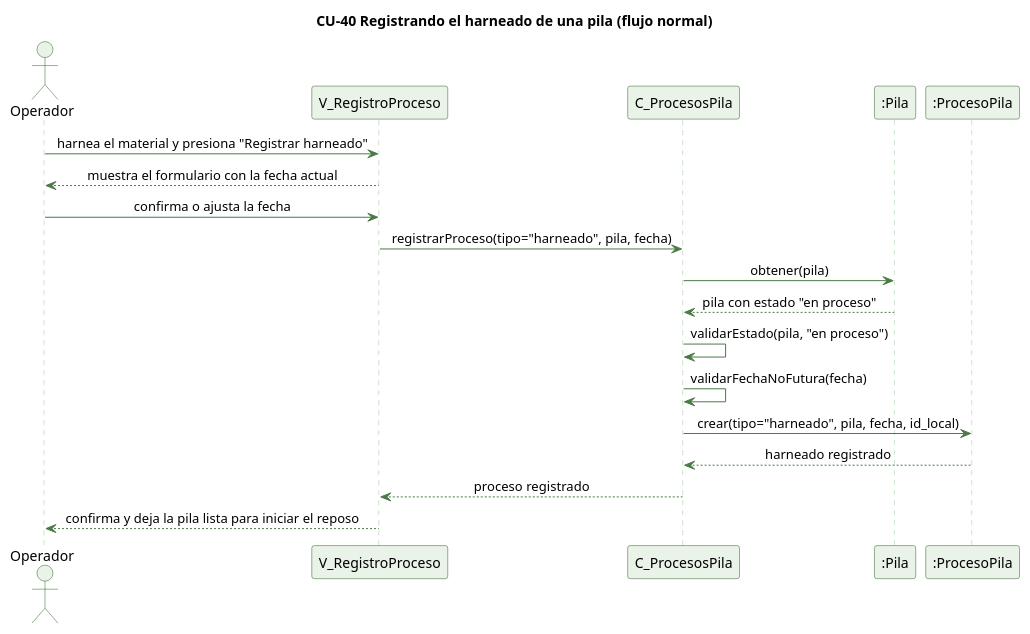
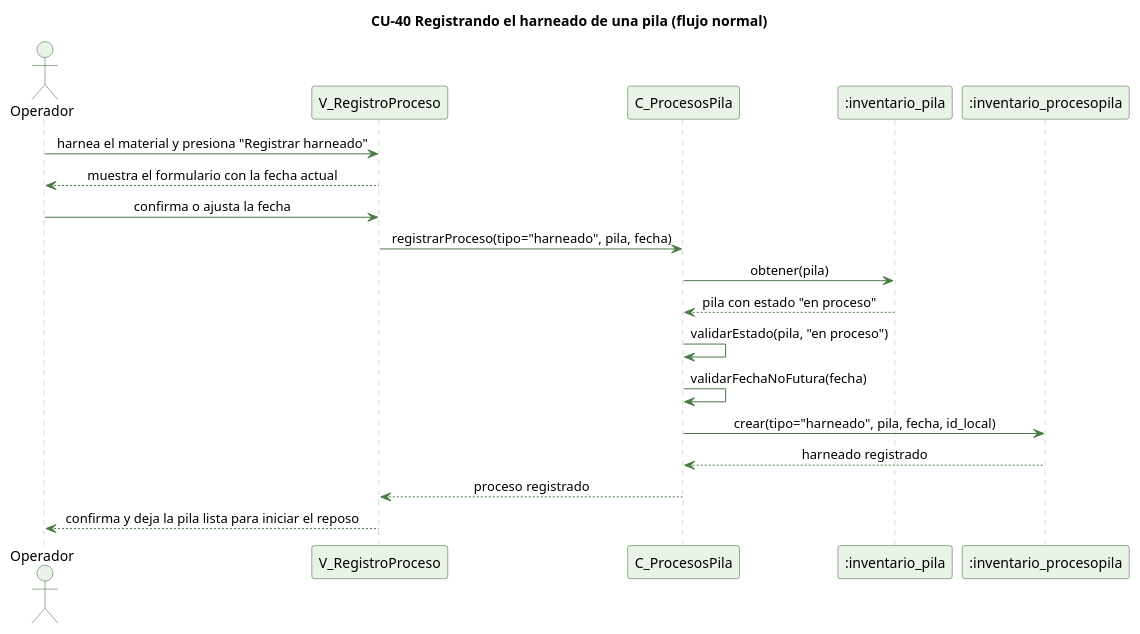
The diagram in docs/trabajo-grupal/diagramas/secuencias/cu40-harneado-normal.puml (kenjikaese/Triverde), drawn with PlantUML before and after one commit. The commit also changed 215 other files, not shown here.

```diff
--- a/docs/trabajo-grupal/diagramas/secuencias/cu40-harneado-normal.puml
+++ b/docs/trabajo-grupal/diagramas/secuencias/cu40-harneado-normal.puml
@@ -1,35 +1,35 @@
 @startuml cu40-harneado-normal
 ' CU-40 Registrando el harneado de una pila - flujo normal
 skinparam backgroundColor #FFFFFF
 skinparam shadowing false
 skinparam defaultFontName Helvetica
 skinparam sequenceMessageAlign center
 skinparam ParticipantBackgroundColor #EAF3E7
 skinparam ParticipantBorderColor #2E5E2A
 skinparam ActorBackgroundColor #EAF3E7
 skinparam ActorBorderColor #2E5E2A
 skinparam sequenceLifeLineBorderColor #9CC49A
 skinparam ArrowColor #4B7A46
 
 title CU-40 Registrando el harneado de una pila (flujo normal)
 
 actor Operador
 participant "V_RegistroProceso" as V
 participant "C_ProcesosPila" as C
-participant ":Pila" as P
-participant ":ProcesoPila" as PP
+participant ":inventario_pila" as P
+participant ":inventario_procesopila" as PP
 
 Operador -> V : harnea el material y presiona "Registrar harneado"
 V --> Operador : muestra el formulario con la fecha actual
 Operador -> V : confirma o ajusta la fecha
 V -> C : registrarProceso(tipo="harneado", pila, fecha)
 C -> P : obtener(pila)
 P --> C : pila con estado "en proceso"
 C -> C : validarEstado(pila, "en proceso")
 C -> C : validarFechaNoFutura(fecha)
 C -> PP : crear(tipo="harneado", pila, fecha, id_local)
 PP --> C : harneado registrado
 C --> V : proceso registrado
 V --> Operador : confirma y deja la pila lista para iniciar el reposo
 
 @enduml
```
